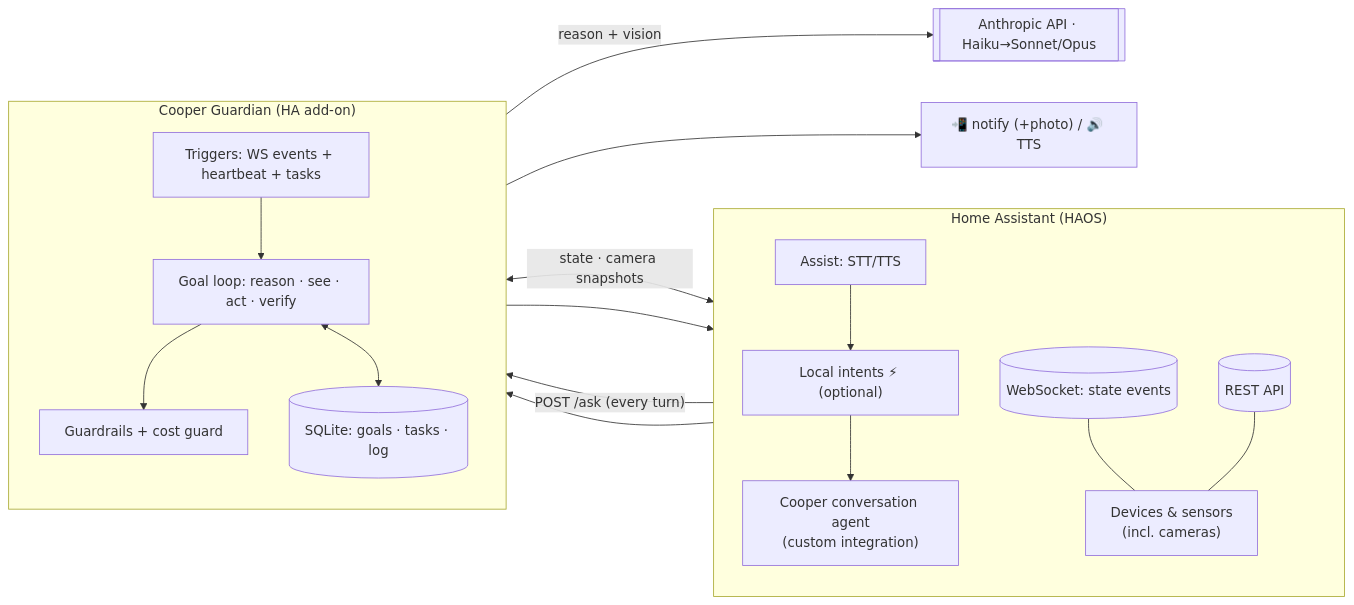
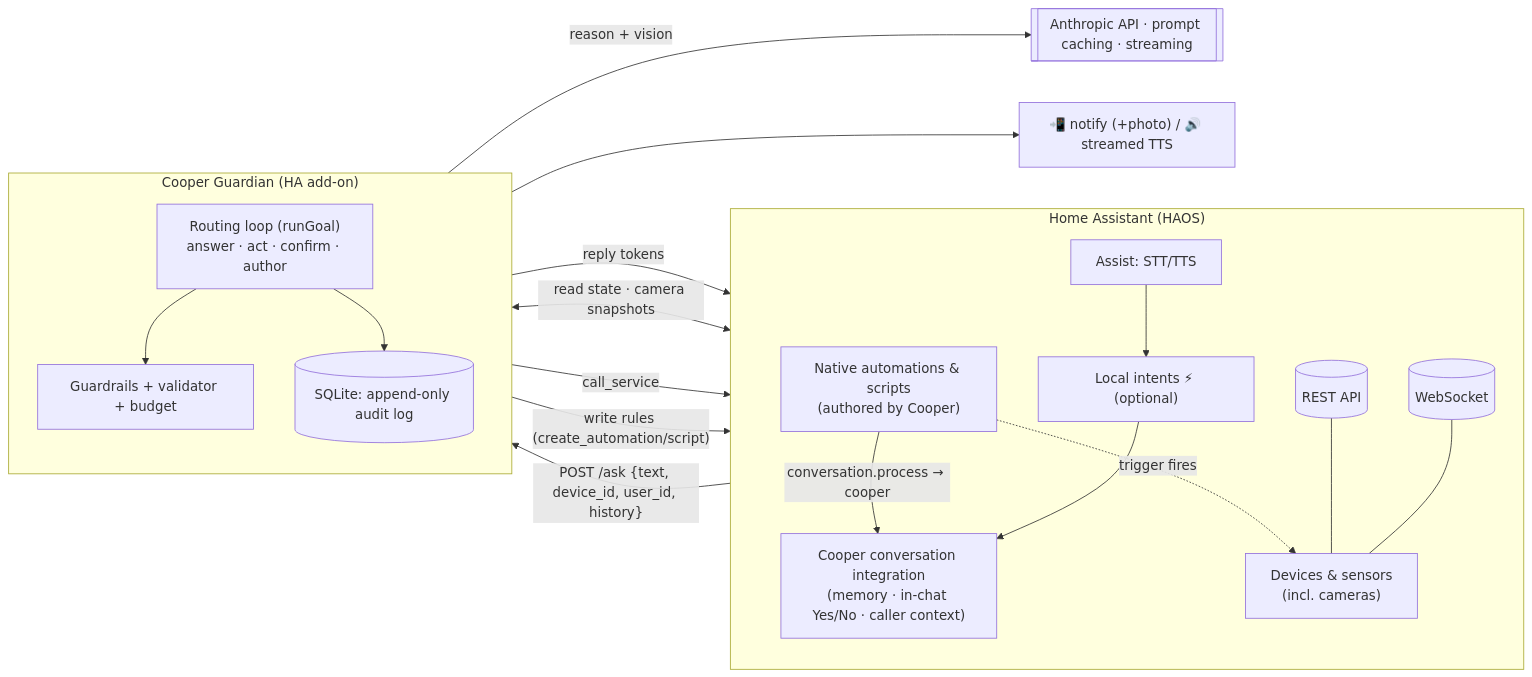
The first of 3 diagrams in docs/ARCHITECTURE.md (kunalkhosla/jarvis), drawn with Mermaid before and after one commit. The commit also changed other lines of this file and 5 other files, not shown here.

````diff
--- a/docs/ARCHITECTURE.md
+++ b/docs/ARCHITECTURE.md
@@ -61,35 +82,38 @@
 ```mermaid
 flowchart LR
     subgraph HA["Home Assistant (HAOS)"]
       direction TB
       ASSIST["Assist: STT/TTS"]
       INTENT["Local intents ⚡ (optional)"]
-      CONV["Cooper conversation agent<br/>(custom integration)"]
-      WS[("WebSocket: state events")]
+      CONV["Cooper conversation integration<br/>(memory · in-chat Yes/No · caller context)"]
+      WS[("WebSocket")]
       REST[("REST API")]
       DEV["Devices & sensors<br/>(incl. cameras)"]
+      AUTOS["Native automations & scripts<br/>(authored by Cooper)"]
       ASSIST --> INTENT --> CONV
       WS --- DEV
       REST --- DEV
+      AUTOS -. "trigger fires" .-> DEV
     end
 
     subgraph SVC["Cooper Guardian (HA add-on)"]
       direction TB
-      TRIG["Triggers: WS events + heartbeat + tasks"]
-      LOOP["Goal loop: reason · see · act · verify"]
-      GUARD["Guardrails + cost guard"]
-      MEM[("SQLite: goals · tasks · log")]
-      TRIG --> LOOP --> GUARD
-      LOOP <--> MEM
+      LOOP["Routing loop (runGoal)<br/>answer · act · confirm · author"]
+      GUARD["Guardrails + validator + budget"]
+      LOG[("SQLite: append-only audit log")]
+      LOOP --> GUARD
+      LOOP --> LOG
     end
 
-    CLAUDE[["Anthropic API · Haiku→Sonnet/Opus"]]
-    PHONE["📲 notify (+photo) / 🔊 TTS"]
+    CLAUDE[["Anthropic API · prompt caching · streaming"]]
+    PHONE["📲 notify (+photo) / 🔊 streamed TTS"]
 
-    CONV -->|"POST /ask (every turn)"| LOOP
+    CONV -->|"POST /ask {text, device_id, user_id, history}"| LOOP
+    LOOP -->|reply tokens| CONV
     LOOP -->|reason + vision| CLAUDE
-    WS --> TRIG
-    LOOP <-->|state · camera snapshots| REST
-    GUARD --> REST
+    LOOP <-->|read state · camera snapshots| REST
+    GUARD -->|call_service| REST
+    LOOP -->|"write rules (create_automation/script)"| REST
+    AUTOS -->|"conversation.process → cooper"| CONV
     LOOP --> PHONE
 ```
````
